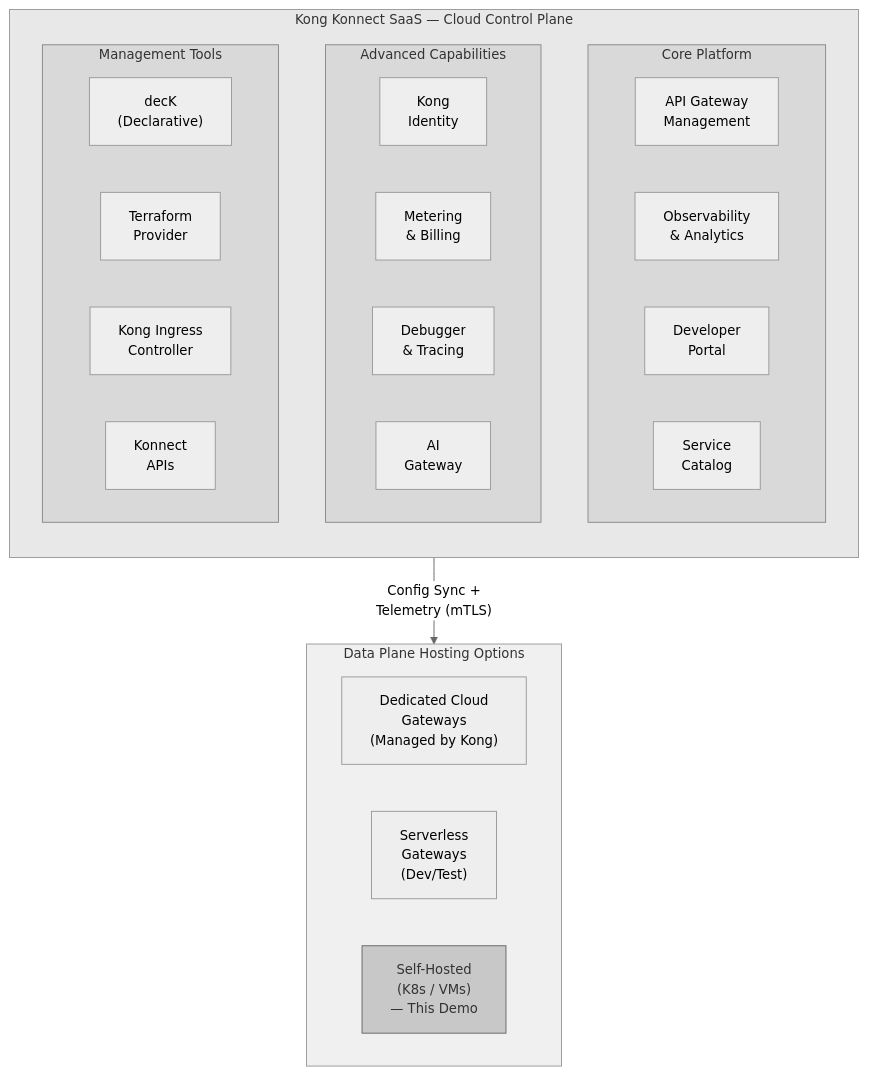
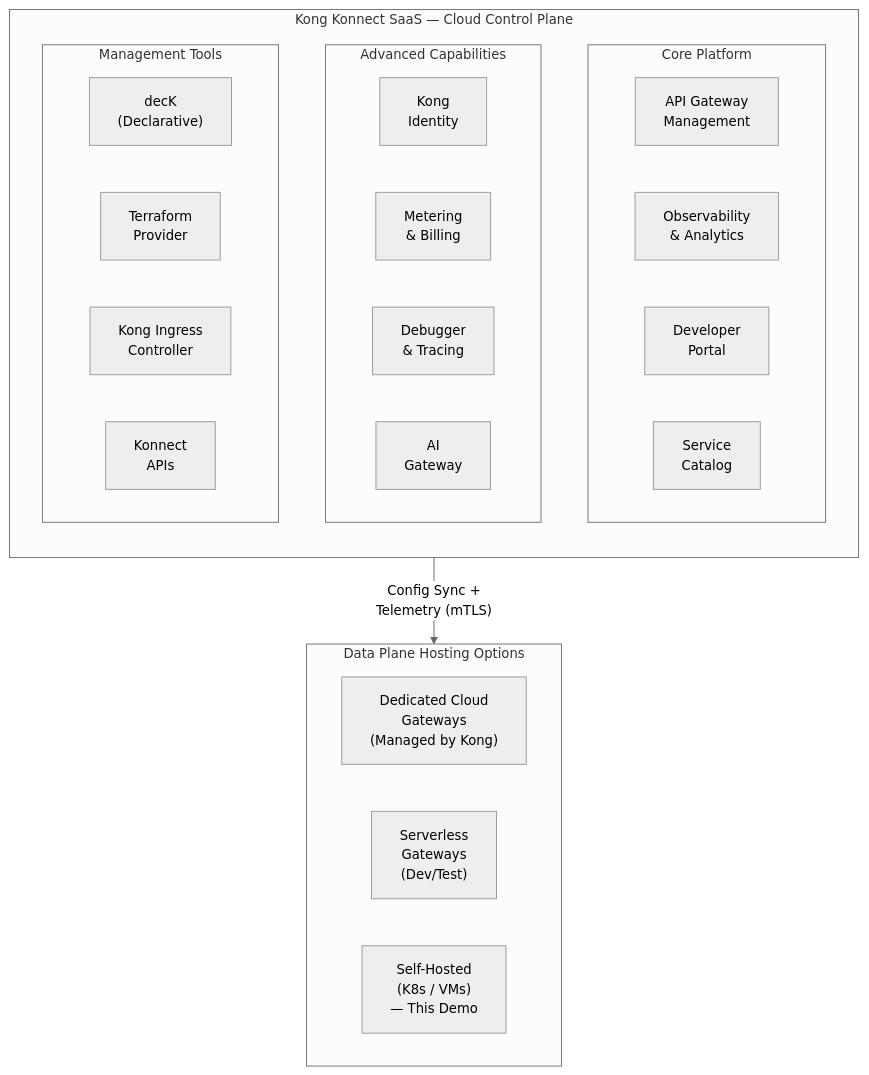
The tenth of 14 diagrams in README.md (shanaka-versent/EKS-Kong-GatewayAPI-Demo), drawn with Mermaid before and after one commit. The commit also changed other lines of this file, not shown here.

First line of the commit message:
docs: Remove grayscale style overrides from mermaid diagrams

````diff
--- a/README.md
+++ b/README.md
@@ -883,44 +876,38 @@
 ```mermaid
 %%{init: {'theme': 'neutral', 'themeVariables': {'fontSize': '14px'}}}%%
 flowchart TB
     subgraph Konnect["Kong Konnect SaaS — Cloud Control Plane"]
         direction TB
         subgraph Core["Core Platform"]
             direction LR
             GWMgmt["API Gateway<br/>Management"]
             Analytics["Observability<br/>& Analytics"]
             Portal["Developer<br/>Portal"]
             Catalog["Service<br/>Catalog"]
         end
         subgraph Advanced["Advanced Capabilities"]
             direction LR
             Identity["Kong<br/>Identity"]
             Metering["Metering<br/>& Billing"]
             Debugger["Debugger<br/>& Tracing"]
             AIGateway["AI<br/>Gateway"]
         end
         subgraph MgmtTools["Management Tools"]
             direction LR
             decK["decK<br/>(Declarative)"]
             TF["Terraform<br/>Provider"]
             KIC["Kong Ingress<br/>Controller"]
             API["Konnect<br/>APIs"]
         end
     end
 
     subgraph DataPlanes["Data Plane Hosting Options"]
         direction LR
         Dedicated["Dedicated Cloud<br/>Gateways<br/>(Managed by Kong)"]
         Serverless["Serverless<br/>Gateways<br/>(Dev/Test)"]
         SelfHosted["Self-Hosted<br/>(K8s / VMs)<br/>— This Demo"]
     end
 
     Konnect -->|"Config Sync +<br/>Telemetry (mTLS)"| DataPlanes
 
-    style Konnect fill:#e8e8e8,stroke:#999,color:#333
-    style Core fill:#d9d9d9,stroke:#888,color:#333
-    style Advanced fill:#d9d9d9,stroke:#888,color:#333
-    style MgmtTools fill:#d9d9d9,stroke:#888,color:#333
-    style DataPlanes fill:#f0f0f0,stroke:#999,color:#333
-    style SelfHosted fill:#c8c8c8,stroke:#666,color:#333
 ```
````
